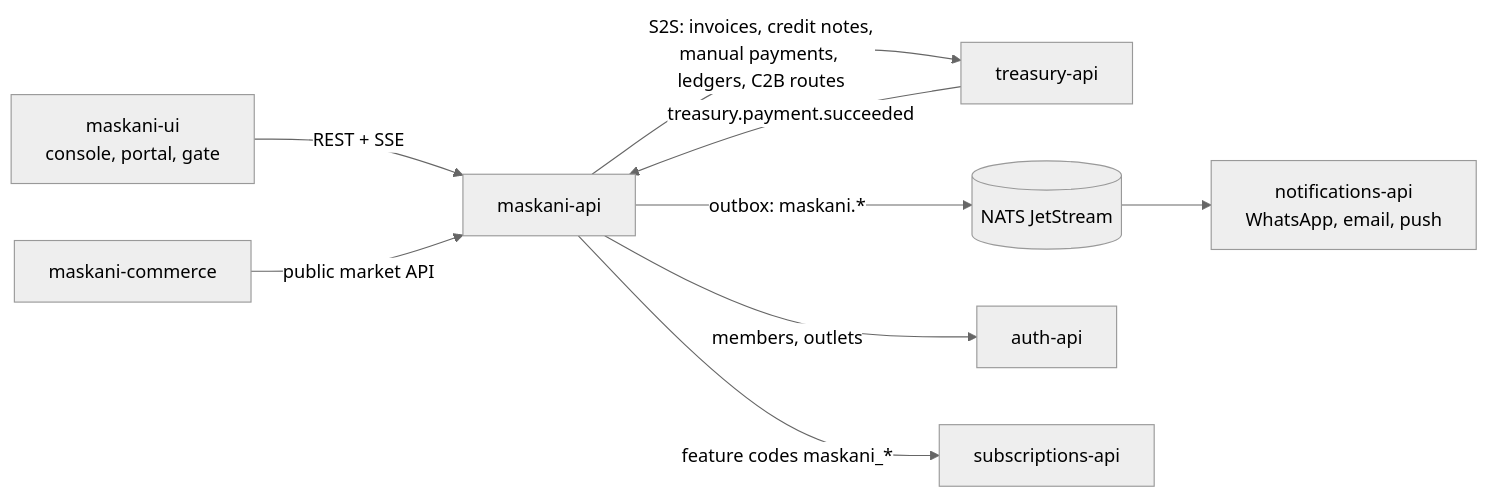
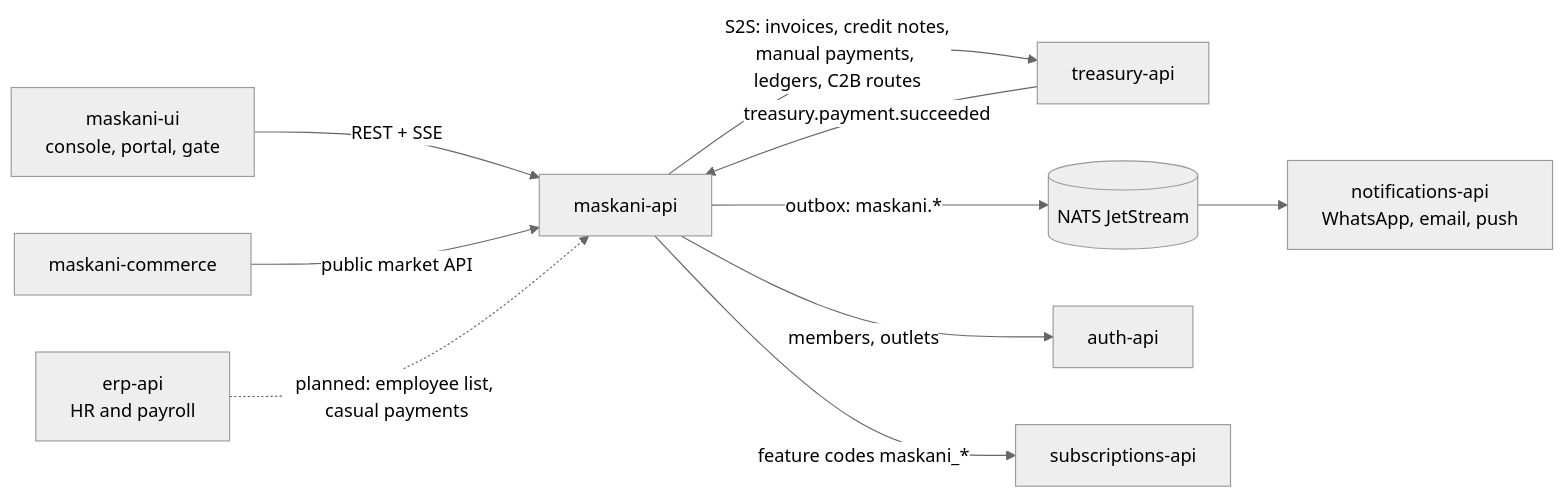
The first of 4 diagrams in docs/architecture/maskani-property-management.md (Bengo-Hub/shared-docs), drawn with Mermaid (neutral theme) before and after one commit. The commit also changed other lines of this file and 6 other files, not shown here.

First line of the commit message:
Maskani guide: ERP (HR, Payroll) for estate payroll staff; shorter diagrams

````diff
--- a/docs/architecture/maskani-property-management.md
+++ b/docs/architecture/maskani-property-management.md
@@ -10,11 +10,12 @@
 ```mermaid
 flowchart LR
   UI[maskani-ui<br/>console, portal, gate] -->|REST + SSE| API[maskani-api]
   COM[maskani-commerce] -->|public market API| API
   API -->|S2S: invoices, credit notes,<br/>manual payments, ledgers, C2B routes| TR[treasury-api]
   TR -->|treasury.payment.succeeded| API
   API -->|outbox: maskani.*| NATS[(NATS JetStream)]
   NATS --> NOTIF[notifications-api<br/>WhatsApp, email, push]
   API -->|members, outlets| AUTH[auth-api]
   API -->|feature codes maskani_*| SUBS[subscriptions-api]
+  ERP[erp-api<br/>HR and payroll] -. planned: employee list, casual payments .-> API
 ```
````
